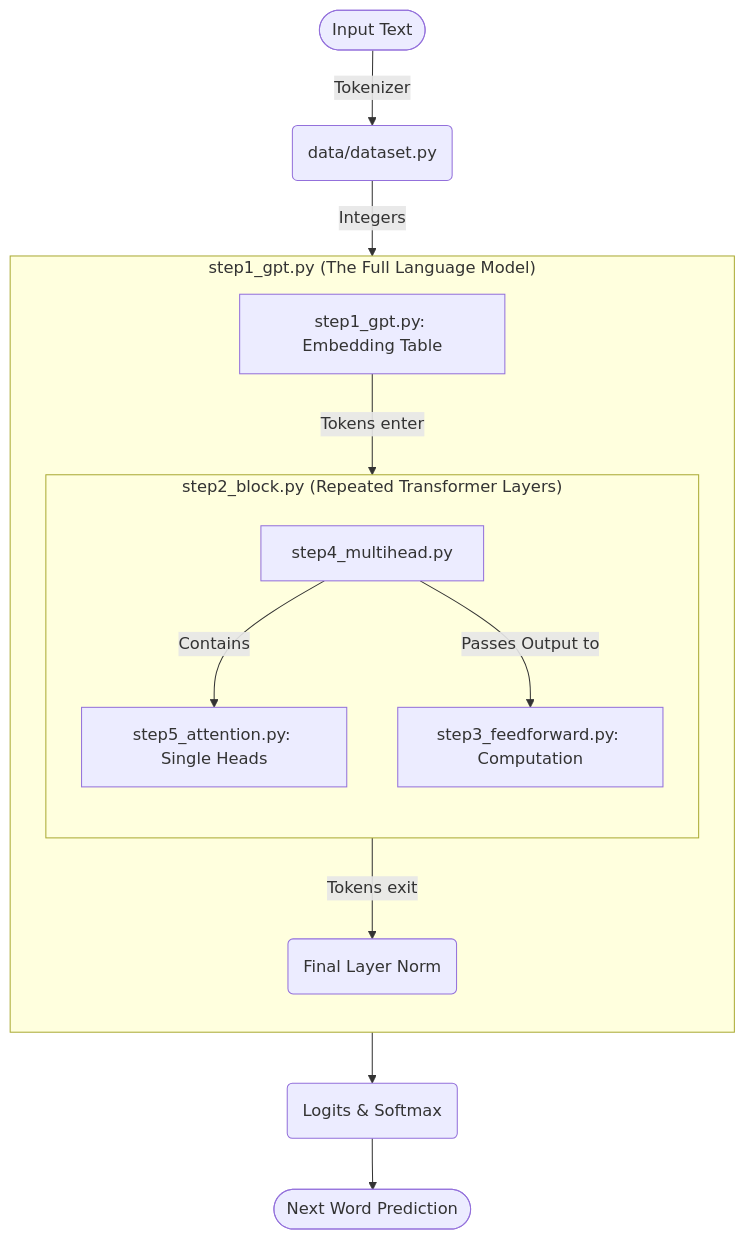
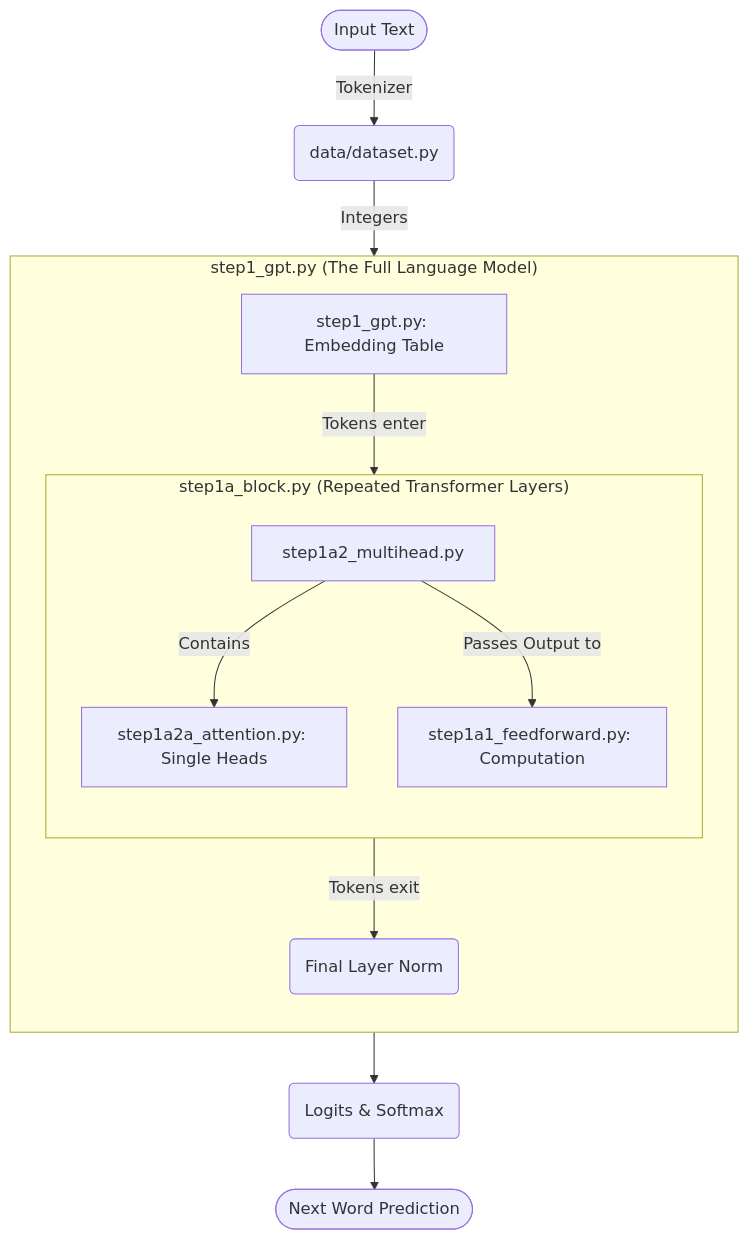
One commit to Rabbit-CollectiveScience/nano-gpt changed the first of 3 diagrams in walkthrough.md. Above: the diagram before and after it, drawn with Mermaid. The commit also changed other lines of this file and 5 other files, not shown here.

````diff
--- a/walkthrough.md
+++ b/walkthrough.md
@@ -9,28 +9,28 @@
 ```mermaid
 flowchart TD
     %% Base Data Processing
     A([Input Text]) -->|Tokenizer| B(data/dataset.py)
     B -->|Integers| C[step1_gpt.py: Embedding Table]
     
     %% The hierarchical nesting of the models
     subgraph "step1_gpt.py (The Full Language Model)"
         direction TB
         
-        subgraph "step2_block.py (Repeated Transformer Layers)"
+        subgraph "step1a_block.py (Repeated Transformer Layers)"
             direction TB
-            D[step4_multihead.py] 
-            E[step5_attention.py: Single Heads]
-            F[step3_feedforward.py: Computation]
+            D[step1a2_multihead.py] 
+            E[step1a2a_attention.py: Single Heads]
+            F[step1a1_feedforward.py: Computation]
             
             D -->|Contains| E
             D -->|Passes Output to| F
         end
         
         C -->|Tokens enter| D
         F -->|Tokens exit| G(Final Layer Norm)
     end
     
     %% The Output
     G --> H(Logits & Softmax)
     H --> I([Next Word Prediction])
 ```
````
